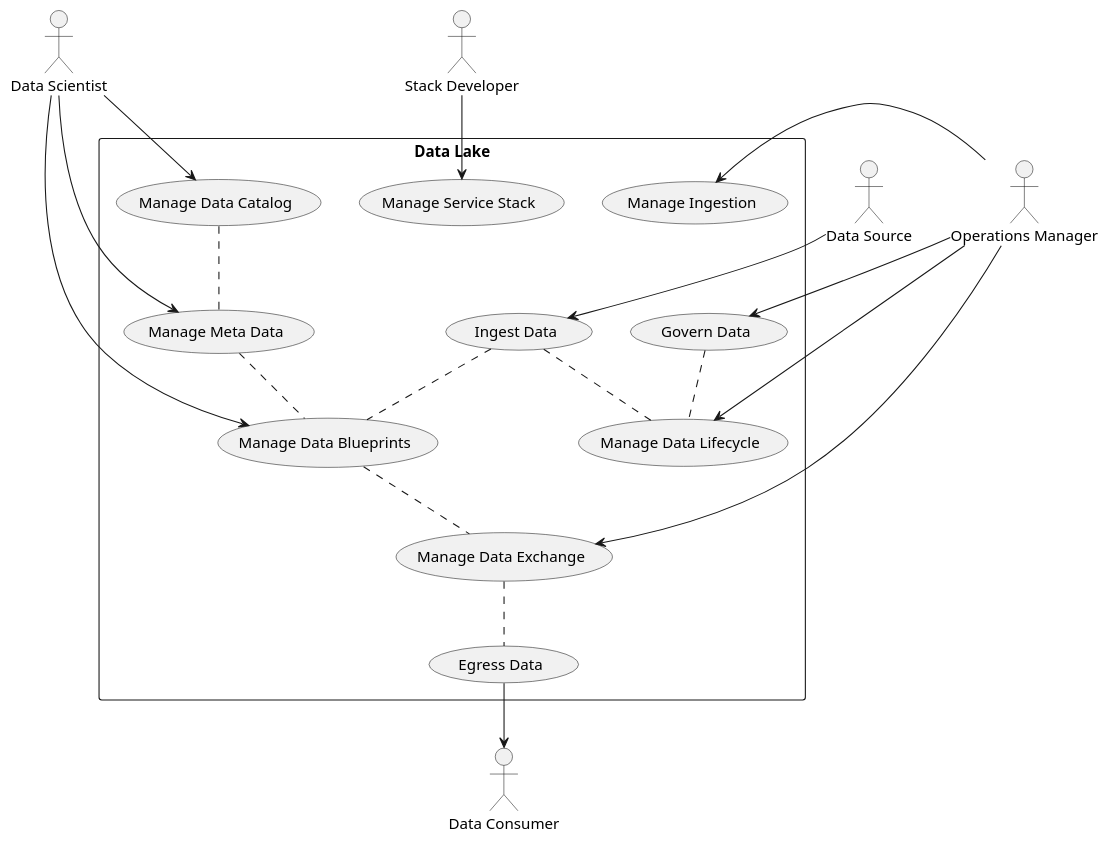
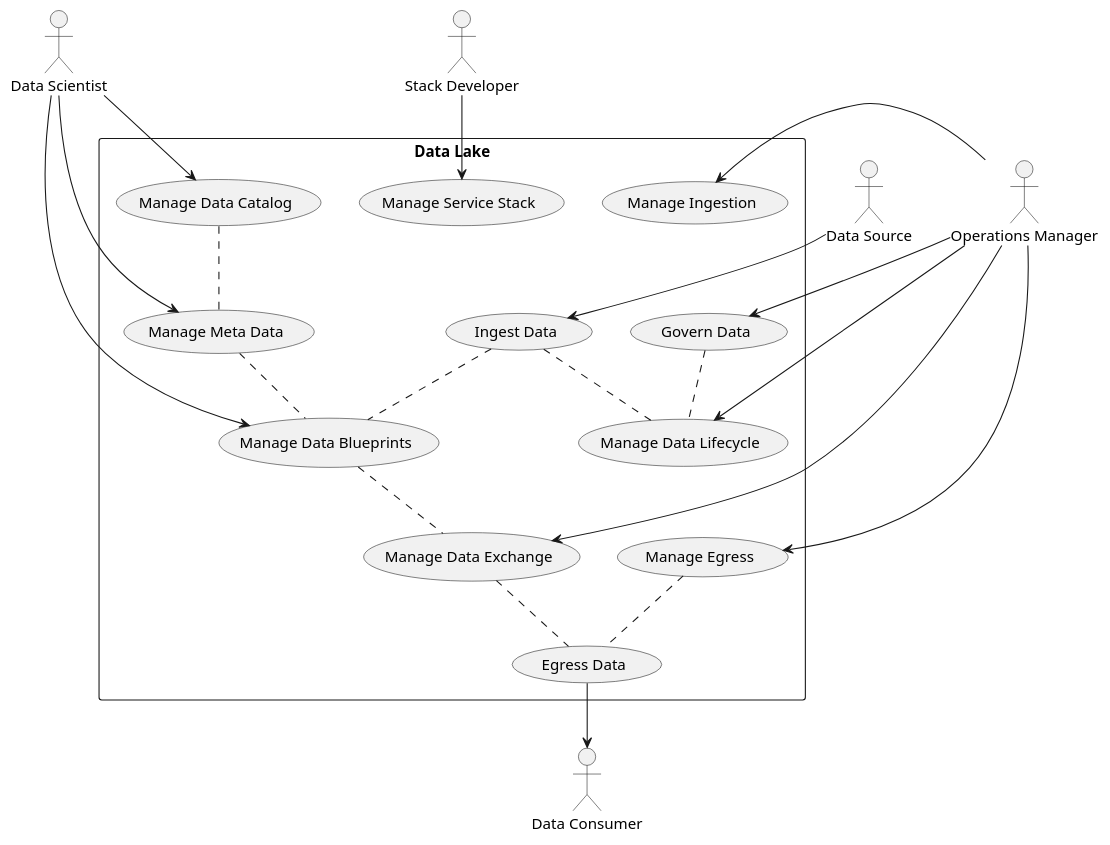
Before and after one commit to CAADE/DataLake: the diagram in design/UseCases/UseCases.puml, drawn with PlantUML. The commit also changed 185 other files, not shown here.

```diff
--- a/design/UseCases/UseCases.puml
+++ b/design/UseCases/UseCases.puml
@@ -1,40 +1,42 @@
 @startuml
 :Data Consumer: as consumer
 :Data Scientist: as nerd
 :Data Source: as source
 :Operations Manager: as ops
 :Stack Developer: as stack
 
 rectangle "Data Lake" {
   (Govern Data) as GD
   (Manage Data Blueprints) as MDB
   (Manage Data Catalog) as MDC
   (Manage Data Exchange) as MDE
   (Manage Data Lifecycle) as MDL
   (Manage Ingestion) as MI
+  (Manage Egress) as ME
   (Ingest Data) as ID
   (Manage Meta Data) as MMD
   (Egress Data) as ED
   (Manage Service Stack) as MSS
 }
 
 source --> ID
 ops -> MI
 ops -> GD
 nerd --> MDB
 nerd --> MDC
 ops --> MDE
 ops --> MDL
 nerd --> MMD
 ED --> consumer
 ID .. MDB
 MDB .. MDE
 ID .. MDL
 MDE .. ED
 MDC .. MMD
 MMD .. MDB
 GD .. MDL
 stack --> MSS
-
+ops --> ME
+ME .. ED
 
 @enduml
```
